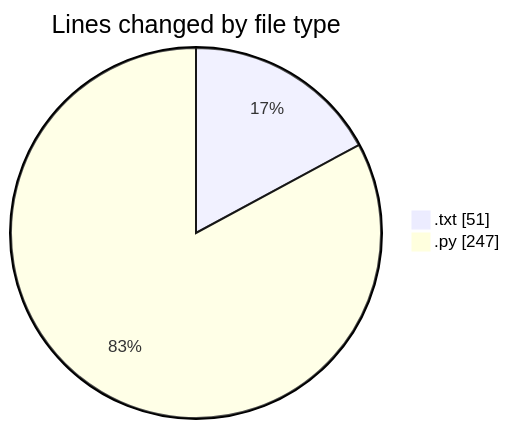
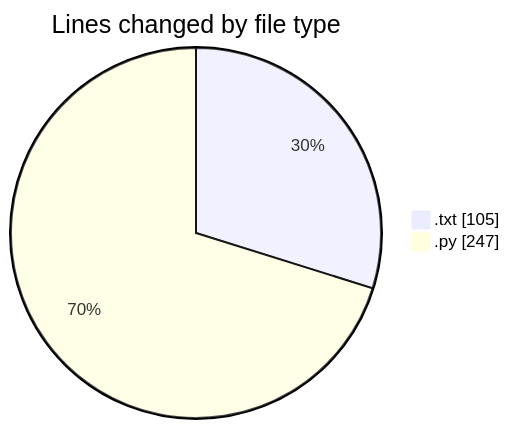
One commit to MatusMokan/code-tracking changed the first of 2 diagrams in 2025-04-29/myws__workspace_/README.md. Above: the diagram before and after it, drawn with Mermaid. The commit also changed other lines of this file and 1 other file, not shown here.

````diff
--- a/2025-04-29/myws__workspace_/README.md
+++ b/2025-04-29/myws__workspace_/README.md
@@ -21,6 +22,6 @@
 ```mermaid
 pie showData
 title Lines changed by file type
-".txt" : 51
+".txt" : 105
 ".py" : 247
 ```
````
